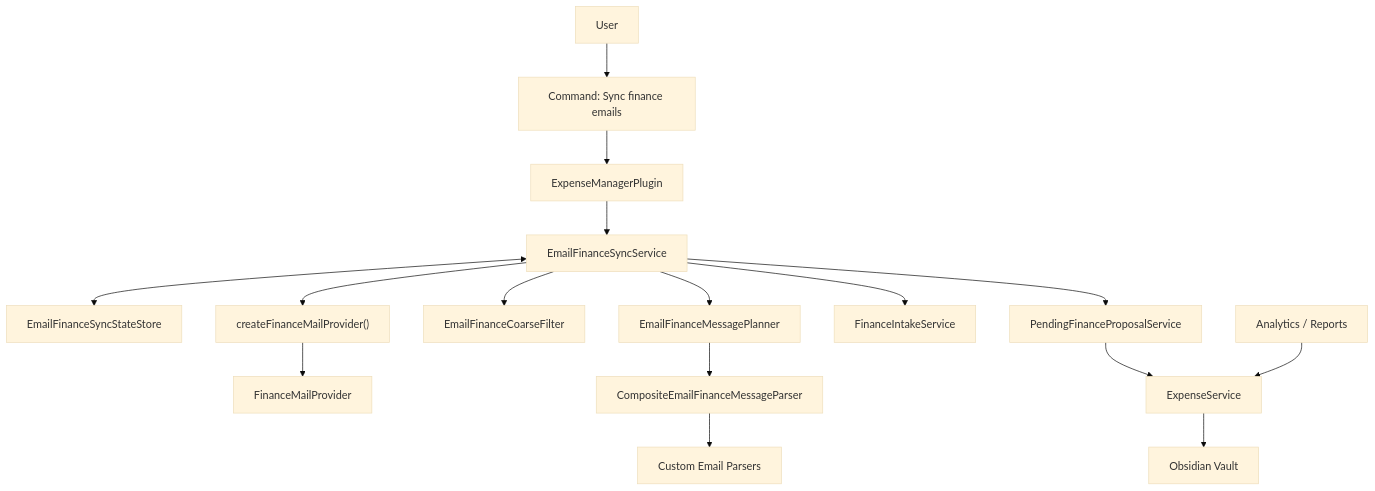
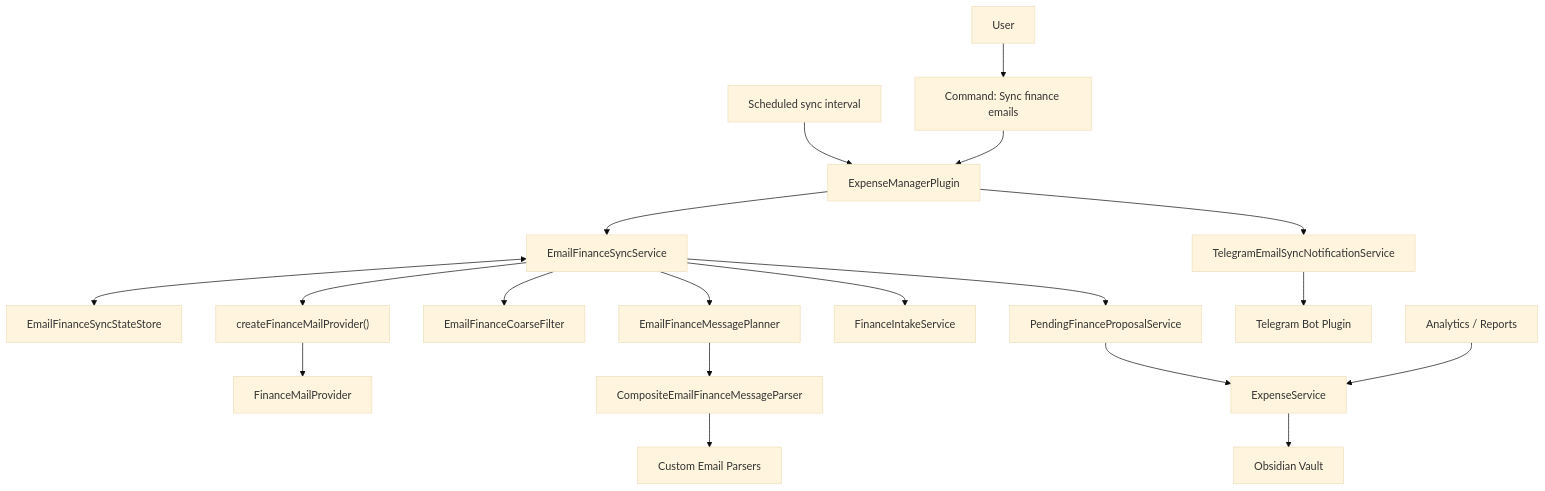
Before and after one commit to Xoanis/obsidian-expense-manager: the first of 15 diagrams in docs/email-finance-intake-architecture.md, drawn with Mermaid (base theme). The commit also changed other lines of this file and 2 other files, not shown here.

````diff
--- a/docs/email-finance-intake-architecture.md
+++ b/docs/email-finance-intake-architecture.md
@@ -40,35 +50,41 @@
 ```mermaid
 flowchart TD
     User["User"]
     Cmd["Command: Sync finance emails"]
+    Scheduler["Scheduled sync interval"]
     Plugin["ExpenseManagerPlugin"]
     Sync["EmailFinanceSyncService"]
     State["EmailFinanceSyncStateStore"]
     ProviderFactory["createFinanceMailProvider()"]
     Provider["FinanceMailProvider"]
     Filter["EmailFinanceCoarseFilter"]
     ParserChain["CompositeEmailFinanceMessageParser"]
     CustomParsers["Custom Email Parsers"]
     Planner["EmailFinanceMessagePlanner"]
     Intake["FinanceIntakeService"]
     Pending["PendingFinanceProposalService"]
+    Notify["TelegramEmailSyncNotificationService"]
     Expense["ExpenseService"]
     Vault["Obsidian Vault"]
+    Telegram["Telegram Bot Plugin"]
     Reports["Analytics / Reports"]
 
     User --> Cmd
+    Scheduler --> Plugin
     Cmd --> Plugin
     Plugin --> Sync
     Sync <--> State
     Sync --> ProviderFactory
     ProviderFactory --> Provider
     Sync --> Filter
     Sync --> Planner
     Planner --> ParserChain
     ParserChain --> CustomParsers
     Sync --> Intake
     Sync --> Pending
+    Plugin --> Notify
+    Notify --> Telegram
     Pending --> Expense
     Expense --> Vault
     Reports --> Expense
 ```
````
